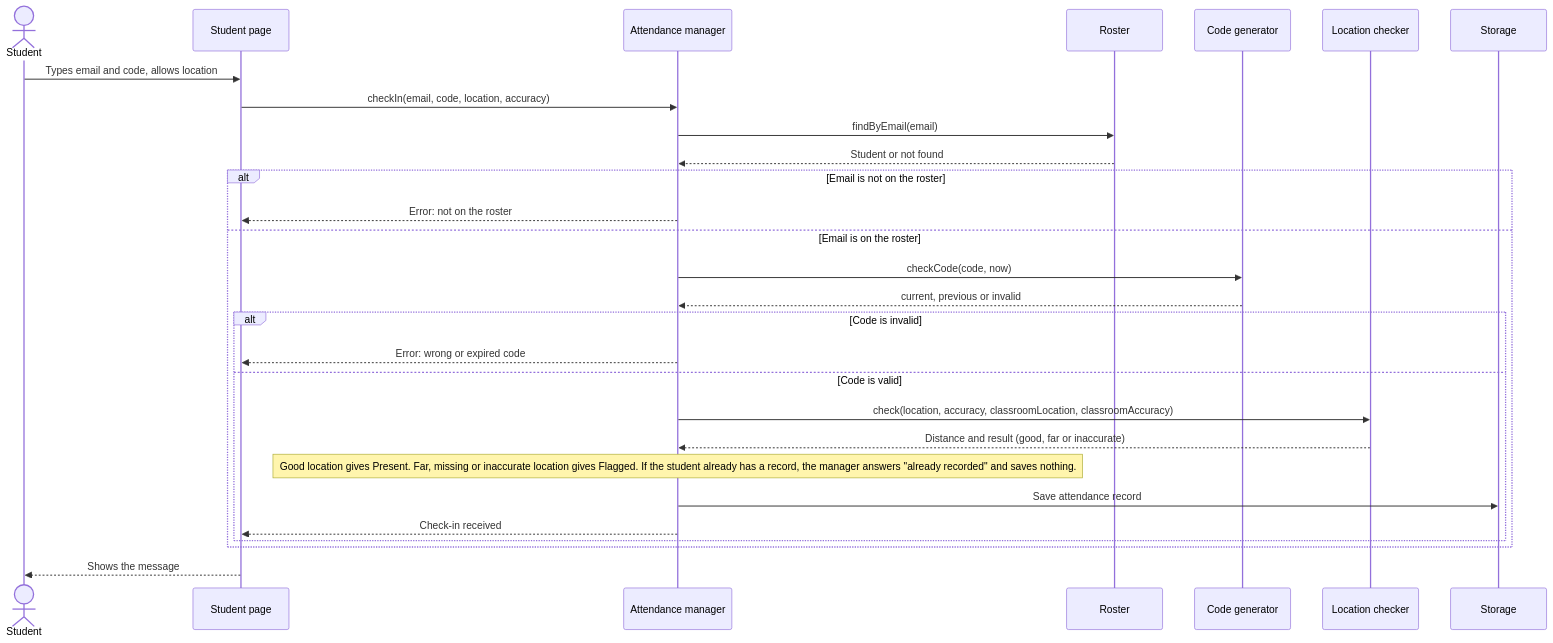
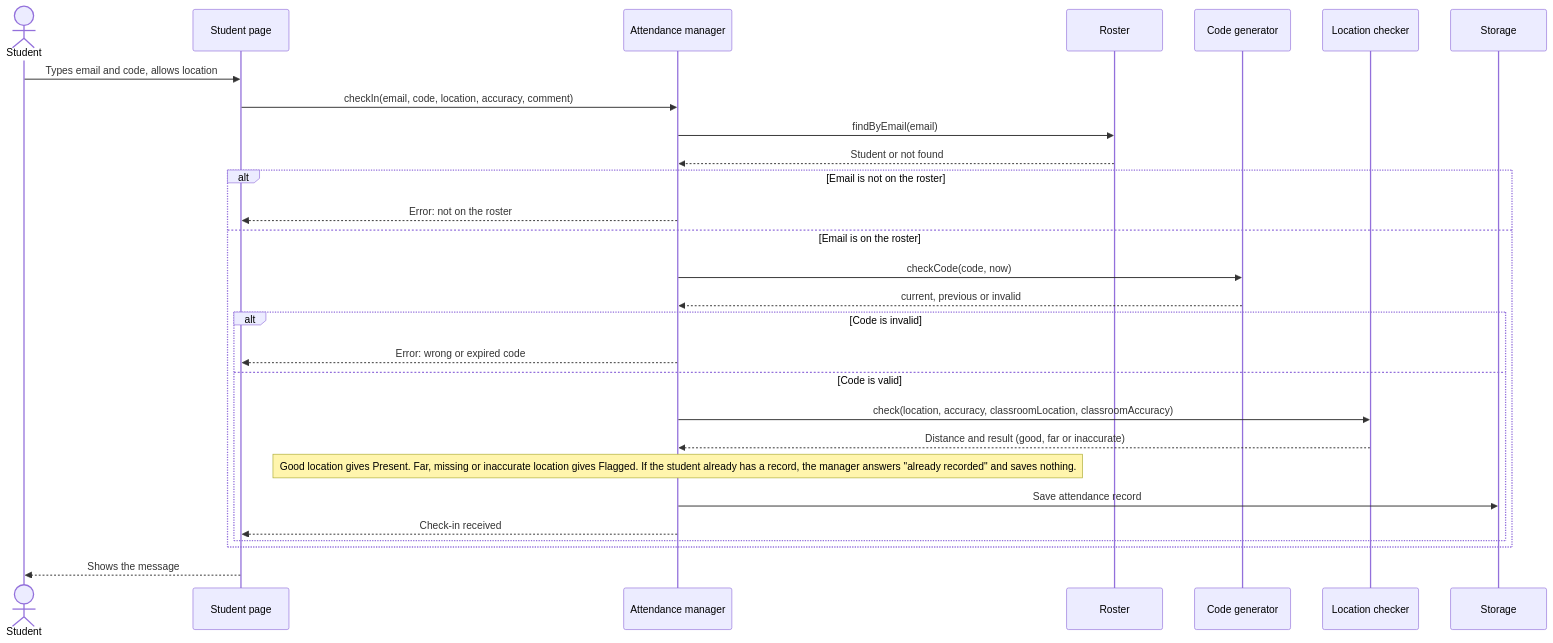
Before and after one commit to Maycaspi110/Class_Attendance: the second of 7 diagrams in diagrams.md, drawn with Mermaid. The commit also changed other lines of this file and 7 other files, not shown here.

````diff
--- a/diagrams.md
+++ b/diagrams.md
@@ -135,31 +135,31 @@
 ```mermaid
 sequenceDiagram
   actor St as Student
   participant SP as Student page
   participant AM as Attendance manager
   participant R as Roster
   participant CG as Code generator
   participant LC as Location checker
   participant DB as Storage
 
   St->>SP: Types email and code, allows location
-  SP->>AM: checkIn(email, code, location, accuracy)
+  SP->>AM: checkIn(email, code, location, accuracy, comment)
   AM->>R: findByEmail(email)
   R-->>AM: Student or not found
   alt Email is not on the roster
     AM-->>SP: Error: not on the roster
   else Email is on the roster
     AM->>CG: checkCode(code, now)
     CG-->>AM: current, previous or invalid
     alt Code is invalid
       AM-->>SP: Error: wrong or expired code
     else Code is valid
       AM->>LC: check(location, accuracy, classroomLocation, classroomAccuracy)
       LC-->>AM: Distance and result (good, far or inaccurate)
       Note over AM: Good location gives Present. Far, missing or inaccurate location gives Flagged. If the student already has a record, the manager answers "already recorded" and saves nothing.
       AM->>DB: Save attendance record
       AM-->>SP: Check-in received
     end
   end
   SP-->>St: Shows the message
 ```
````
